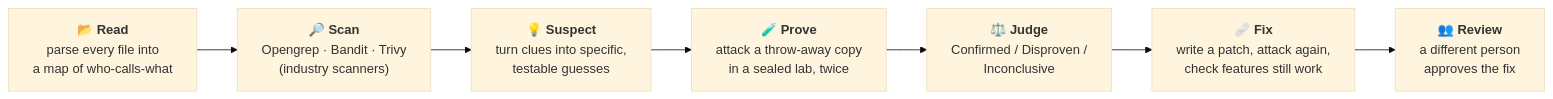
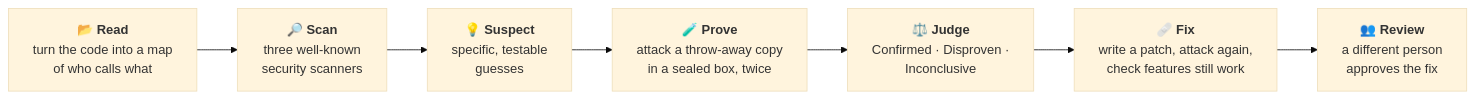
The second of 4 diagrams in florome/README.md (florina787/Data-sets), drawn with Mermaid (base theme) before and after one commit. The commit also changed other lines of this file and 1 other file, not shown here.

````diff
--- a/florome/README.md
+++ b/florome/README.md
@@ -258,9 +351,9 @@
 ```mermaid
 flowchart LR
-  A["📂 <b>Read</b><br/>parse every file into<br/>a map of who-calls-what"] --> B["🔎 <b>Scan</b><br/>Opengrep · Bandit · Trivy<br/>(industry scanners)"]
-  B --> C["💡 <b>Suspect</b><br/>turn clues into specific,<br/>testable guesses"]
-  C --> D["🧪 <b>Prove</b><br/>attack a throw-away copy<br/>in a sealed lab, twice"]
-  D --> E["⚖️ <b>Judge</b><br/>Confirmed / Disproven /<br/>Inconclusive"]
+  A["📂 <b>Read</b><br/>turn the code into a map<br/>of who calls what"] --> B["🔎 <b>Scan</b><br/>three well-known<br/>security scanners"]
+  B --> C["💡 <b>Suspect</b><br/>specific, testable<br/>guesses"]
+  C --> D["🧪 <b>Prove</b><br/>attack a throw-away copy<br/>in a sealed box, twice"]
+  D --> E["⚖️ <b>Judge</b><br/>Confirmed · Disproven ·<br/>Inconclusive"]
   E --> F["🩹 <b>Fix</b><br/>write a patch, attack again,<br/>check features still work"]
   F --> G["👥 <b>Review</b><br/>a different person<br/>approves the fix"]
 ```
````
